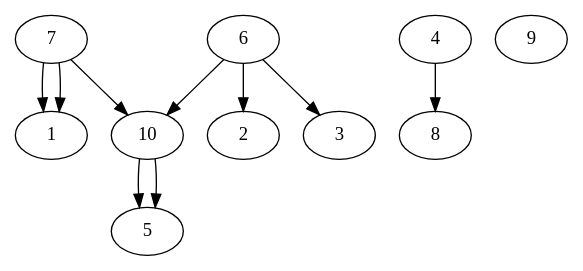
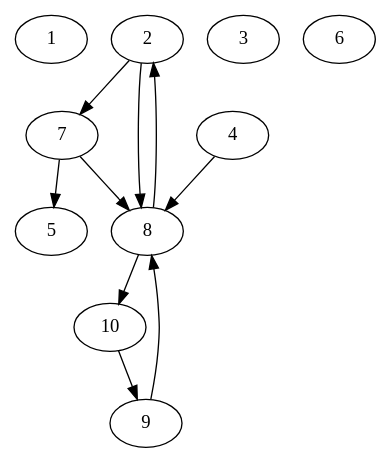
One commit to ElvisTech007/proyectos_DAA changed the diagram in proyecto_1/archivos_graphviz/grafo_erdos_renyi.dot. Above: the diagram before and after it, drawn with Graphviz. The commit also changed 3 other files, not shown here.

```diff
--- a/proyecto_1/archivos_graphviz/grafo_erdos_renyi.dot
+++ b/proyecto_1/archivos_graphviz/grafo_erdos_renyi.dot
@@ -1,21 +1,21 @@
 digraph G_1 {
     1;
     2;
     3;
     4;
     5;
     6;
     7;
     8;
     9;
     10;
-    7 -> 10;
-    6 -> 2;
-    6 -> 3;
-    6 -> 10;
-    10 -> 5;
-    10 -> 5;
-    7 -> 1;
-    7 -> 1;
+    10 -> 9;
+    9 -> 8;
+    2 -> 7;
+    8 -> 10;
+    7 -> 5;
     4 -> 8;
+    7 -> 8;
+    8 -> 2;
+    2 -> 8;
 }
```
